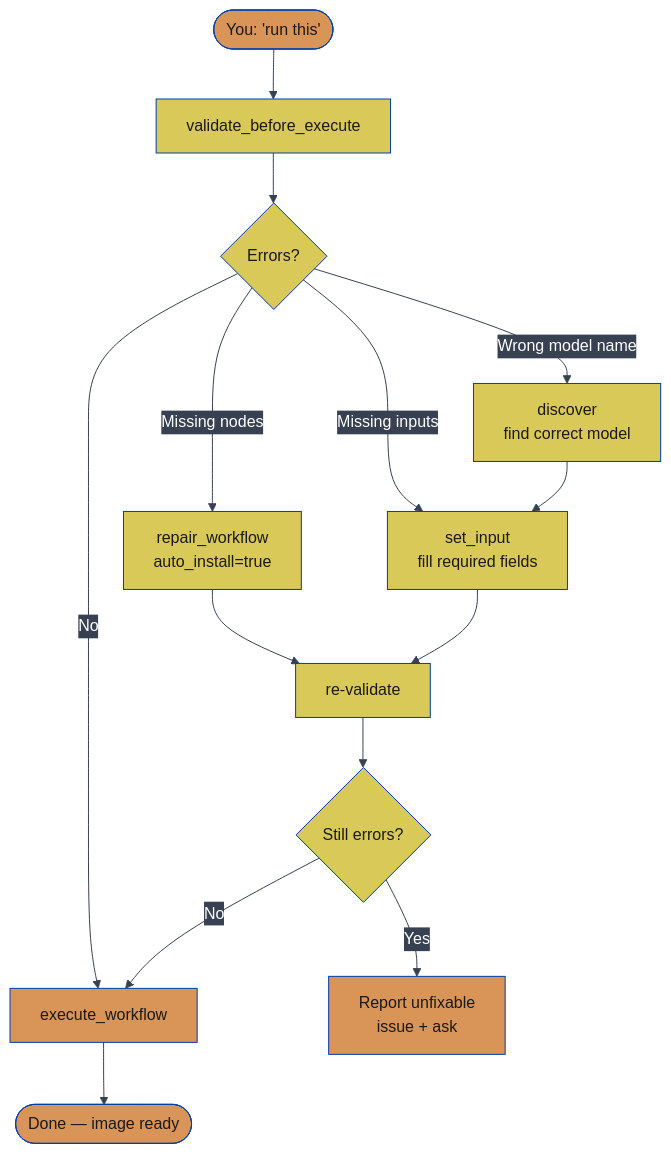
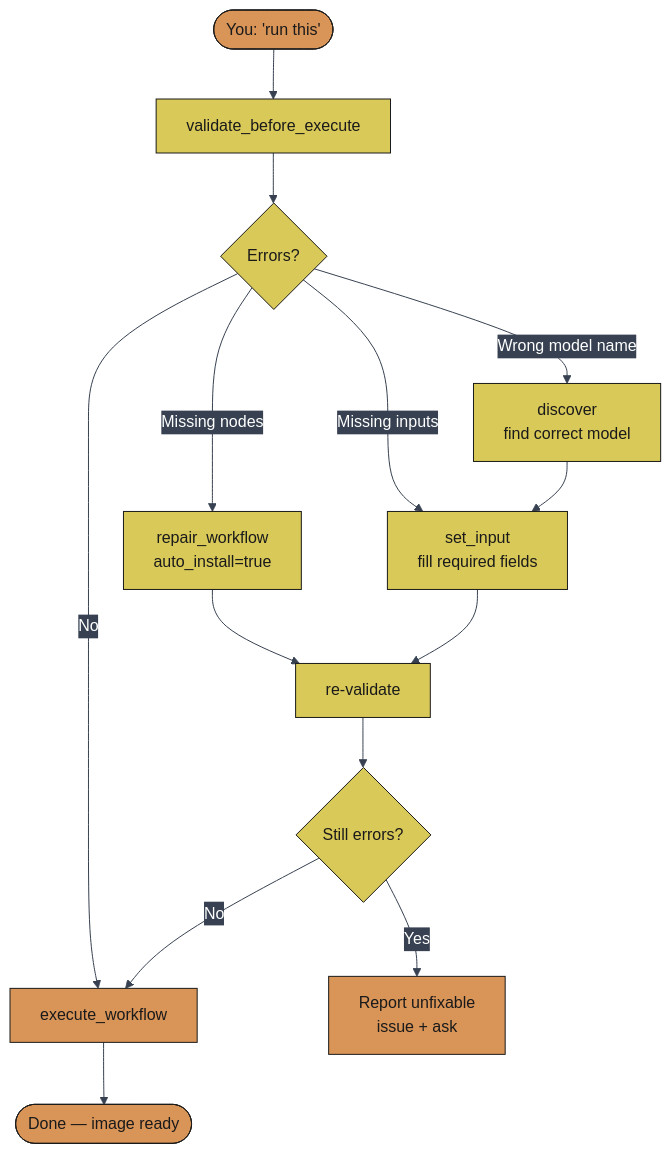
One commit to JosephOIbrahim/Comfy-Cozy changed the eighth of 27 diagrams in README.md. Above: the diagram before and after it, drawn with Mermaid. The commit also changed other lines of this file, not shown here.

First line of the commit message:
[DOCS] Convert mermaid styling to classDef for reliable GitHub rendering

````diff
--- a/README.md
+++ b/README.md
@@ -540,29 +531,22 @@
 ```mermaid
 %%{init: {'theme':'base','themeVariables': {'primaryColor':'#0066FF','primaryTextColor':'#ffffff','primaryBorderColor':'#003eaa','lineColor':'#374151','secondaryColor':'#374151','tertiaryColor':'#1f2937','fontFamily':'monospace'}}}%%
 flowchart TD
     Run(["You: 'run this'"]) --> Validate["validate_before_execute"]
     Validate --> Check{"Errors?"}
     Check -->|No| Execute["execute_workflow"]
     Check -->|"Missing nodes"| Repair["repair_workflow<br/>auto_install=true"]
     Check -->|"Missing inputs"| SetInput["set_input<br/>fill required fields"]
     Check -->|"Wrong model name"| Discover["discover<br/>find correct model"]
     Repair --> Revalidate["re-validate"]
     SetInput --> Revalidate
     Discover --> SetInput
     Revalidate --> Check2{"Still errors?"}
     Check2 -->|No| Execute
     Check2 -->|Yes| Report["Report unfixable<br/>issue + ask"]
     Execute --> Done(["Done — image ready"])
 
-    style Run fill:#d99458,color:#1a1a1a
-    style Validate fill:#d9c958,color:#1a1a1a
-    style Repair fill:#d9c958,color:#1a1a1a
-    style SetInput fill:#d9c958,color:#1a1a1a
-    style Discover fill:#d9c958,color:#1a1a1a
-    style Execute fill:#d99458,color:#1a1a1a
-    style Done fill:#d99458,color:#1a1a1a
-    style Report fill:#d99458,color:#1a1a1a
-    style Check fill:#d9c958,color:#1a1a1a
-    style Revalidate fill:#d9c958,color:#1a1a1a
-    style Check2 fill:#d9c958,color:#1a1a1a
+    classDef orange fill:#d99458,color:#1a1a1a,stroke:#1a1a1a
+    classDef yellow fill:#d9c958,color:#1a1a1a,stroke:#1a1a1a
+    class Run,Execute,Done,Report orange
+    class Validate,Repair,SetInput,Discover,Check,Revalidate,Check2 yellow
 ```
````
